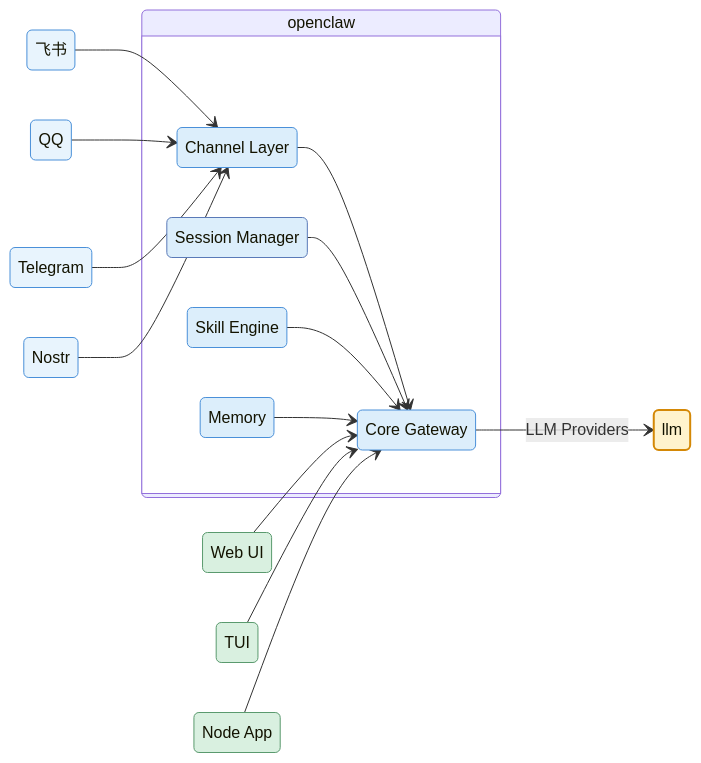
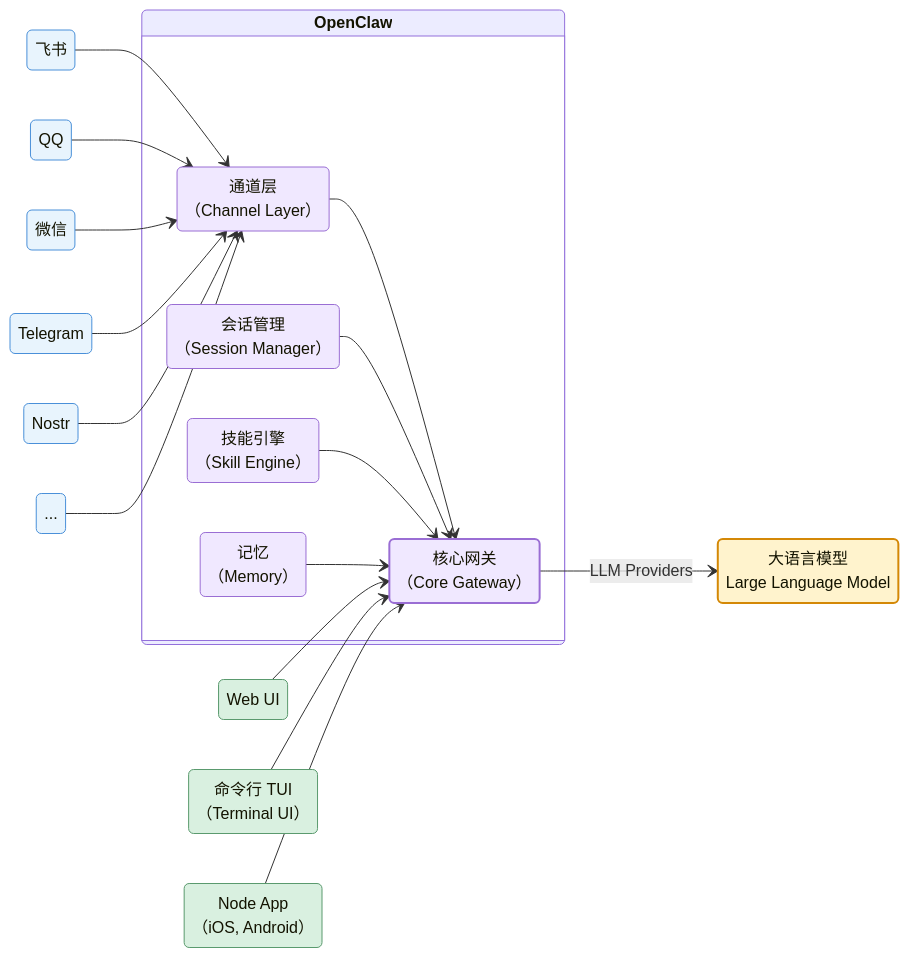
One commit to techunder/posts changed the diagram in content/docs/ai-agent/2-agent.md. Above: the diagram before and after it, drawn with Mermaid. The commit also changed other lines of this file, not shown here.

````diff
--- a/content/docs/ai-agent/2-agent.md
+++ b/content/docs/ai-agent/2-agent.md
@@ -74,62 +29,73 @@
 ```mermaid
 stateDiagram-v2
     direction LR
 
-    %% === 外部平台 ===
+    %% 外部平台（消息源）
     feishu   : 飞书
     qq       : QQ
+    wechat   : 微信
     telegram : Telegram
     nostr    : Nostr
+    otherch  : ...
 
-    %% === Gateway → 外部 ===
-    feishu   --> ch
-    qq       --> ch
-    telegram --> ch
-    nostr    --> ch
+    %% 客户端
+    webui   : Web UI
+    tui     : 命令行 TUI<br/>（Terminal UI）
+    node_app: Node App<br/>（iOS, Android）
 
-    %% === OpenClaw 核心 ===
+    %% 关键实体
+    openclaw : <strong>OpenClaw</strong>
+    llm      : 大语言模型<br/>Large Language Model
+
+    %% OpenClaw 核心
     state openclaw {
         direction LR
-
-        ch      : Channel Layer
-        gw      : Core Gateway
-        skill   : Skill Engine
-        session : Session Manager
-        mem     : Memory
+        ch      : 通道层<br/>（Channel Layer）
+        gw      : 核心网关<br/>（Core Gateway）
+        skill   : 技能引擎<br/>（Skill Engine）
+        session : 会话管理<br/>（Session Manager）
+        mem     : 记忆<br/>（Memory）
 
         ch      --> gw
         session --> gw
         skill   --> gw
         mem     --> gw
     }
 
-    %% === 客户端 ===
-    webui    : Web UI
-    tui      : TUI
-    node_app : Node App
+    %% 外部平台 → Channel Layer
+    feishu   --> ch
+    qq       --> ch
+    wechat   --> ch
+    telegram --> ch
+    nostr    --> ch
+    otherch    --> ch
 
-    webui    --> gw
-    tui      --> gw
-    node_app --> gw
+    %% 客户端 → Gateway
+    webui   --> gw
+    tui     --> gw
+    node_app--> gw
 
-    %% === LLM ===
-    gw --> llm: LLM Providers
+    %% Gateway → LLM
+    gw --> llm : LLM Providers
 
-    %% === 样式 ===
+    %% 样式
     style feishu    fill:#e8f4fd,stroke:#4a90d9
     style qq        fill:#e8f4fd,stroke:#4a90d9
+    style wechat    fill:#e8f4fd,stroke:#4a90d9
     style telegram  fill:#e8f4fd,stroke:#4a90d9
     style nostr     fill:#e8f4fd,stroke:#4a90d9
-    style openclaw  fill:#f5f5f5,stroke:#999,stroke-width:2px
-    style ch        fill:#dceefb,stroke:#4a90d9
-    style gw        fill:#dceefb,stroke:#4a90d9
-    style skill     fill:#dceefb,stroke:#4a90d9
-    style session   fill:#dceefb,stroke:#5a7ab8
-    style mem       fill:#dceefb,stroke:#4a90d9
+    style otherch   fill:#e8f4fd,stroke:#4a90d9
+
     style webui     fill:#d9f0e0,stroke:#5a9a6e
     style tui       fill:#d9f0e0,stroke:#5a9a6e
     style node_app  fill:#d9f0e0,stroke:#5a9a6e
-    style sa1       fill:#f0e8ff,stroke:#9a6ed4
-    style sa2       fill:#f0e8ff,stroke:#9a6ed4
+
+    style openclaw  fill:#f5f5f5,stroke:#999,stroke-width:2px
+    style gw        fill:#f0e8ff,stroke:#9a6ed4,stroke-width:2px
+    style ch        fill:#f0e8ff,stroke:#9a6ed4
+    style session   fill:#f0e8ff,stroke:#9a6ed4
+    style mem       fill:#f0e8ff,stroke:#9a6ed4
+    style skill     fill:#f0e8ff,stroke:#9a6ed4
+
     style llm       fill:#fff3cd,stroke:#d48806,stroke-width:2px
 ```
````
